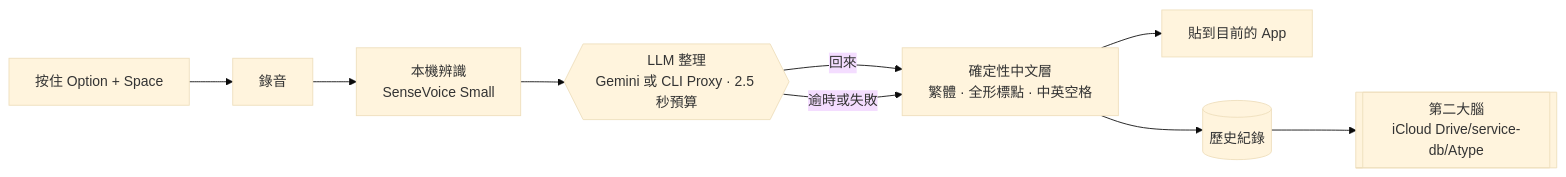
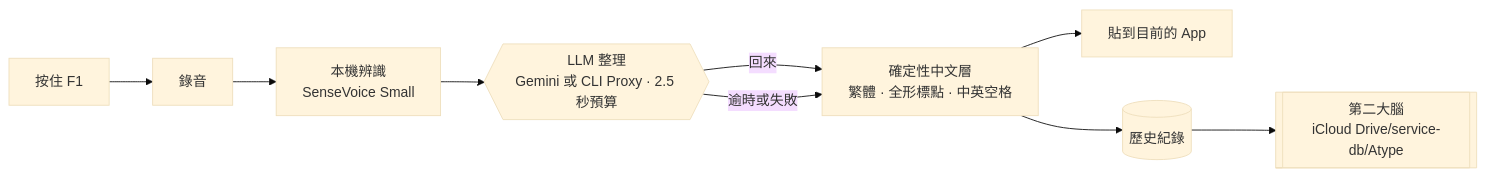
Before and after one commit to yck2024/Atype: the diagram in README.md, drawn with Mermaid (base theme). The commit also changed 14 other files, not shown here.

````diff
--- a/README.md
+++ b/README.md
@@ -41,11 +41,11 @@
 ```mermaid
 flowchart LR
-  K[按住 Option + Space] --> R[錄音]
+  K[按住 F1] --> R[錄音]
   R --> S[本機辨識<br/>SenseVoice Small]
   S --> L{{LLM 整理<br/>Gemini 或 CLI Proxy · 2.5 秒預算}}
   L -->|回來| Z[確定性中文層<br/>繁體 · 全形標點 · 中英空格]
   L -->|逾時或失敗| Z
   Z --> P[貼到目前的 App]
   Z --> H[(歷史紀錄)]
   H --> B[[第二大腦<br/>iCloud Drive/service-db/Atype]]
 ```
````
